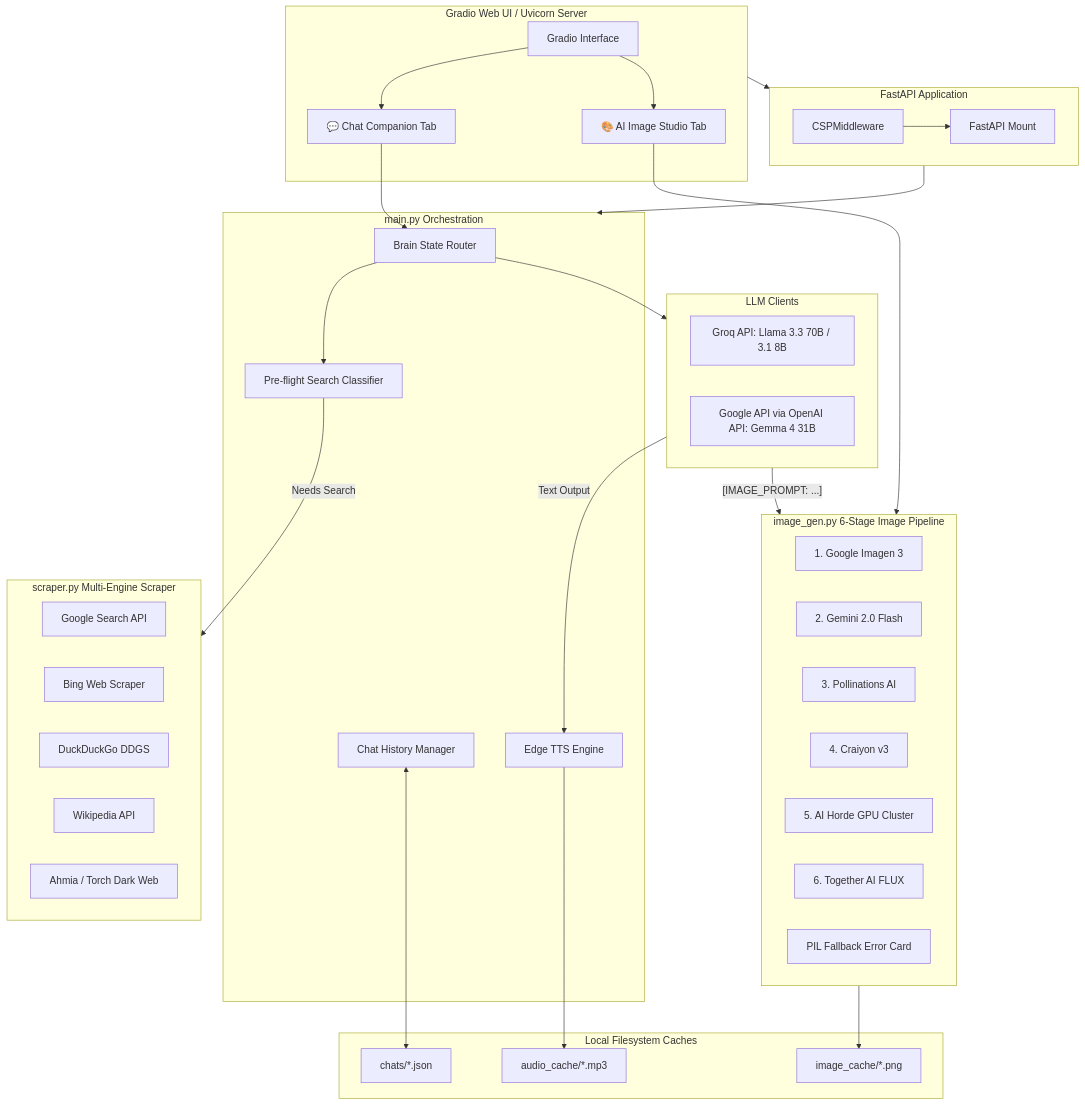
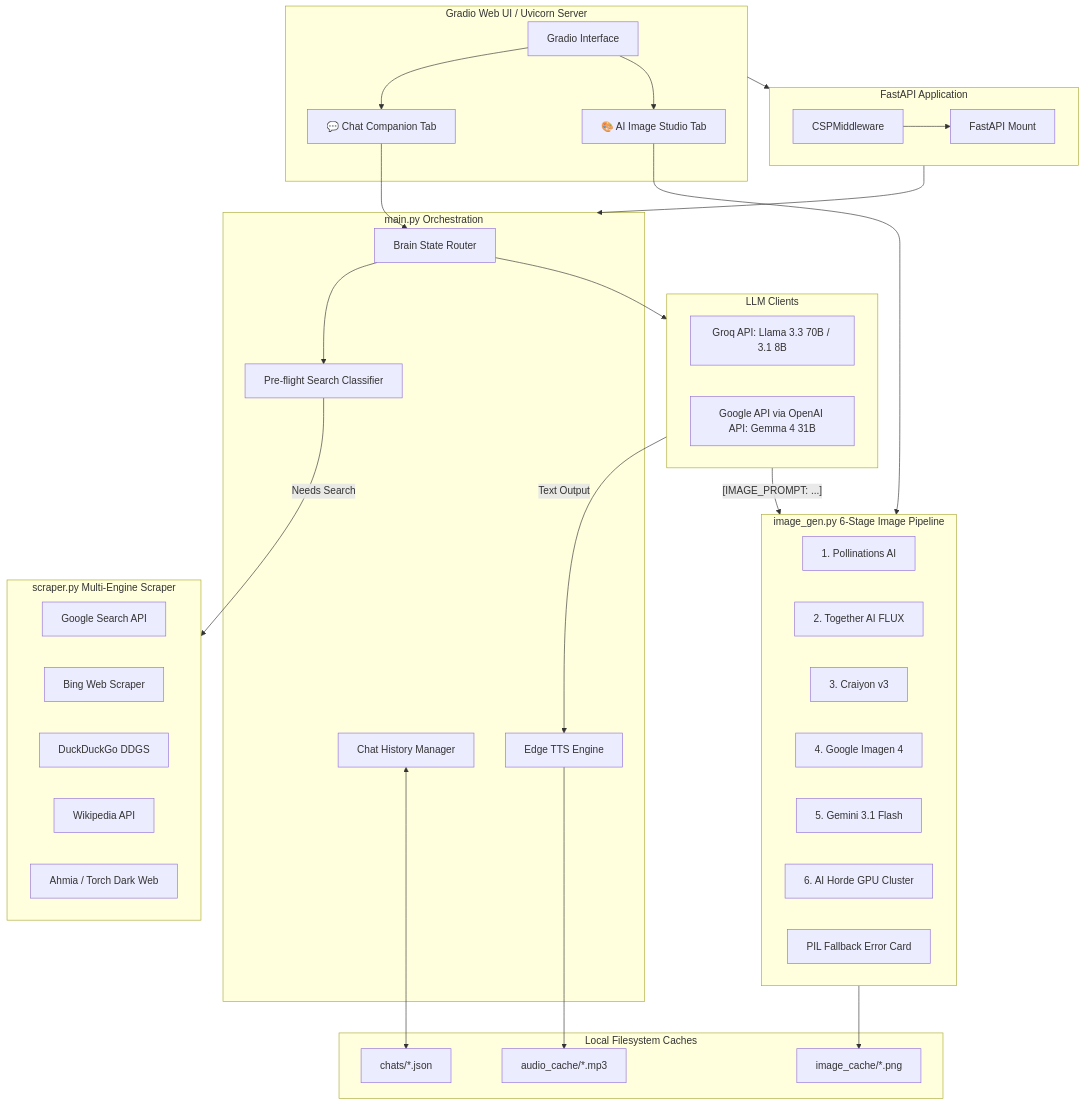
Before and after one commit to Mhghazy/Lumina-AI: the diagram in lumina_technical_documentation.md, drawn with Mermaid. The commit also changed other lines of this file and 20 other files, not shown here.

````diff
--- a/lumina_technical_documentation.md
+++ b/lumina_technical_documentation.md
@@ -11,65 +11,65 @@
 ```mermaid
 flowchart TD
     subgraph Frontend [Gradio Web UI / Uvicorn Server]
         UI[Gradio Interface]
         ChatTab[💬 Chat Companion Tab]
         StudioTab[🎨 AI Image Studio Tab]
         UI --> ChatTab
         UI --> StudioTab
     end
 
     subgraph Middleware [FastAPI Application]
         CSP[CSPMiddleware]
         FastAPI[FastAPI Mount]
         CSP --> FastAPI
     end
 
     subgraph CoreBackend [main.py Orchestration]
         Router[Brain State Router]
         Preflight[Pre-flight Search Classifier]
         History[Chat History Manager]
         TTS[Edge TTS Engine]
     end
 
     subgraph ExternalLLMs [LLM Clients]
         Groq[Groq API: Llama 3.3 70B / 3.1 8B]
         Gemma[Google API via OpenAI API: Gemma 4 31B]
     end
 
     subgraph ScraperSubsystem [scraper.py Multi-Engine Scraper]
         Google[Google Search API]
         Bing[Bing Web Scraper]
         DDG[DuckDuckGo DDGS]
         Wiki[Wikipedia API]
         Ahmia[Ahmia / Torch Dark Web]
     end
 
     subgraph ImageSubsystem [image_gen.py 6-Stage Image Pipeline]
-        Img1[1. Google Imagen 3]
-        Img2[2. Gemini 2.0 Flash]
-        Img3[3. Pollinations AI]
-        Img4[4. Craiyon v3]
-        Img5[5. AI Horde GPU Cluster]
-        Img6[6. Together AI FLUX]
+        Img1[1. Pollinations AI]
+        Img2[2. Together AI FLUX]
+        Img3[3. Craiyon v3]
+        Img4[4. Google Imagen 4]
+        Img5[5. Gemini 3.1 Flash]
+        Img6[6. AI Horde GPU Cluster]
         PIL[PIL Fallback Error Card]
     end
 
     subgraph Storage [Local Filesystem Caches]
         ChatStore[chats/*.json]
         AudioStore[audio_cache/*.mp3]
         ImageStore[image_cache/*.png]
     end
 
     Frontend --> Middleware
     Middleware --> CoreBackend
     ChatTab --> Router
     StudioTab --> ImageSubsystem
     Router --> Preflight
     Preflight -- Needs Search --> ScraperSubsystem
     Router --> ExternalLLMs
     ExternalLLMs -- [IMAGE_PROMPT: ...] --> ImageSubsystem
     ExternalLLMs -- Text Output --> TTS
     History <--> ChatStore
     TTS --> AudioStore
     ImageSubsystem --> ImageStore
 ```
````
